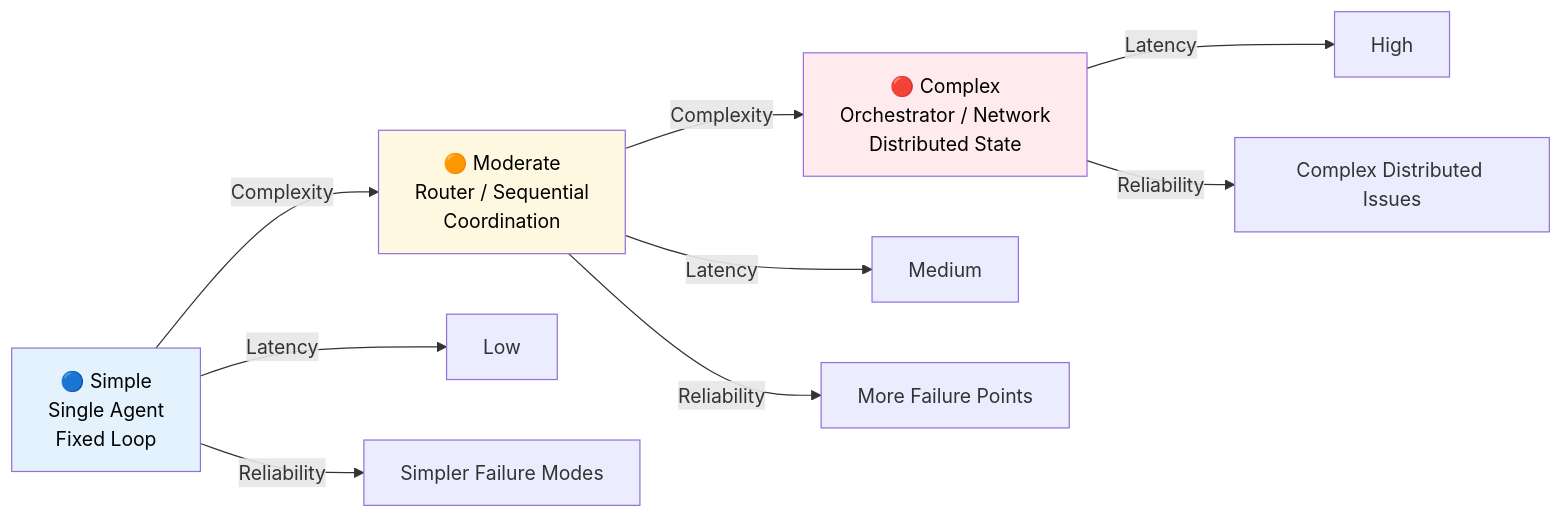
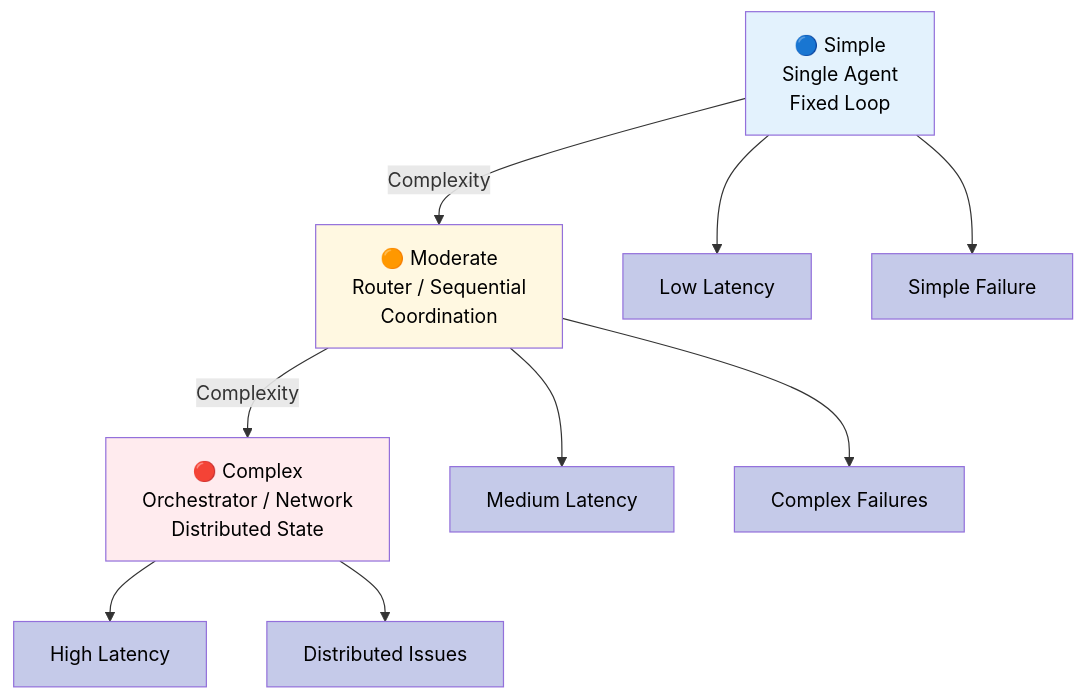
One commit to falila/ai-agent-engineering-playbook changed the second of 3 diagrams in docs/01-introduction.md. Above: the diagram before and after it, drawn with Mermaid. The commit also changed 6 other files, not shown here.

Commit message:
fix: improve all diagram connectors to eliminate overlaps

````diff
--- a/docs/01-introduction.md
+++ b/docs/01-introduction.md
@@ -64,17 +64,23 @@
 ```mermaid
-graph LR
+graph TD
     A["🔵 Simple<br/>Single Agent<br/>Fixed Loop"] -->|Complexity| B["🟠 Moderate<br/>Router / Sequential<br/>Coordination"]
     B -->|Complexity| C["🔴 Complex<br/>Orchestrator / Network<br/>Distributed State"]
     
-    A -->|Latency| D["Low"]
-    B -->|Latency| E["Medium"]
-    C -->|Latency| F["High"]
+    A --> D["Low Latency"] 
+    B --> E["Medium Latency"]
+    C --> F["High Latency"]
     
-    A -->|Reliability| G["Simpler Failure Modes"]
-    B -->|Reliability| H["More Failure Points"]
-    C -->|Reliability| I["Complex Distributed Issues"]
+    A --> G["Simple Failure"] 
+    B --> H["Complex Failures"]
+    C --> I["Distributed Issues"]
     
     style A fill:#e3f2fd,color:#000000
     style B fill:#fff8e1,color:#000000
     style C fill:#ffebee,color:#000000
+    style D fill:#c5cae9,color:#000000
+    style E fill:#c5cae9,color:#000000
+    style F fill:#c5cae9,color:#000000
+    style G fill:#c5cae9,color:#000000
+    style H fill:#c5cae9,color:#000000
+    style I fill:#c5cae9,color:#000000
 ```
````
